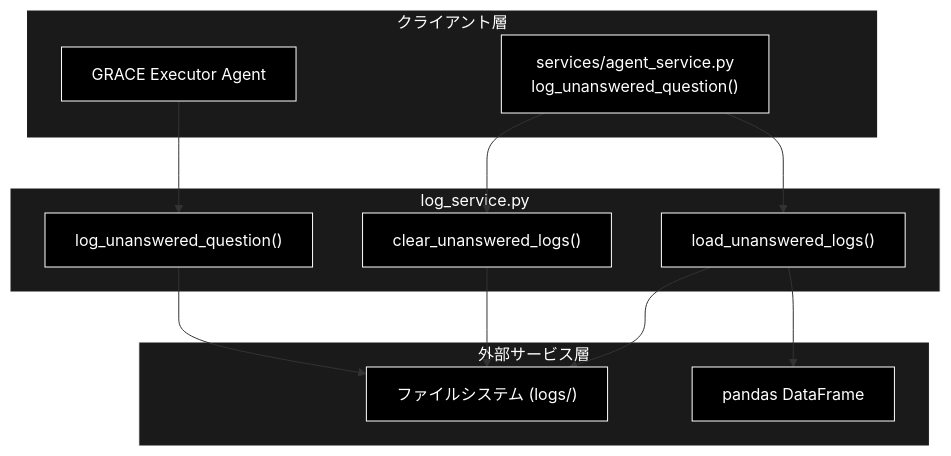
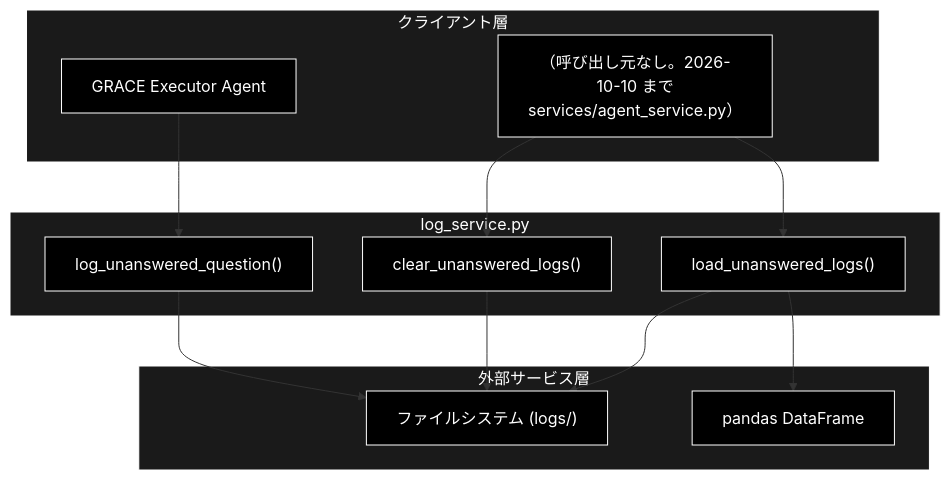
Before and after one commit to nakashima2toshio/grace_v2: the first of 3 diagrams in services/docs/log_service.md, drawn with Mermaid. The commit also changed other lines of this file and 30 other files, not shown here.

````diff
--- a/services/docs/log_service.md
+++ b/services/docs/log_service.md
@@ -60,32 +60,32 @@
 ```mermaid
 flowchart TB
     subgraph CLIENT["クライアント層"]
         AGENT["GRACE Executor Agent"]
-        UI["services/agent_service.py<br>log_unanswered_question()"]
+        UI["（呼び出し元なし。2026-10-10 まで<br>services/agent_service.py）"]
     end
 
     subgraph MODULE["log_service.py"]
         LOG["log_unanswered_question()"]
         LOAD["load_unanswered_logs()"]
         CLEAR["clear_unanswered_logs()"]
     end
 
     subgraph EXTERNAL["外部サービス層"]
         FS["ファイルシステム (logs/)"]
         PANDAS["pandas DataFrame"]
     end
 
     AGENT --> LOG
     UI --> LOAD
     UI --> CLEAR
     LOG --> FS
     CLEAR --> FS
     LOAD --> FS
     LOAD --> PANDAS
 classDef default fill:#000,stroke:#fff,color:#fff
 classDef subgraphStyle fill:#1a1a1a,stroke:#fff,color:#fff
 class AGENT,UI,LOG,LOAD,CLEAR,FS,PANDAS default
 style CLIENT fill:#1a1a1a,stroke:#fff,color:#fff
 style MODULE fill:#1a1a1a,stroke:#fff,color:#fff
 style EXTERNAL fill:#1a1a1a,stroke:#fff,color:#fff
 ```
````
